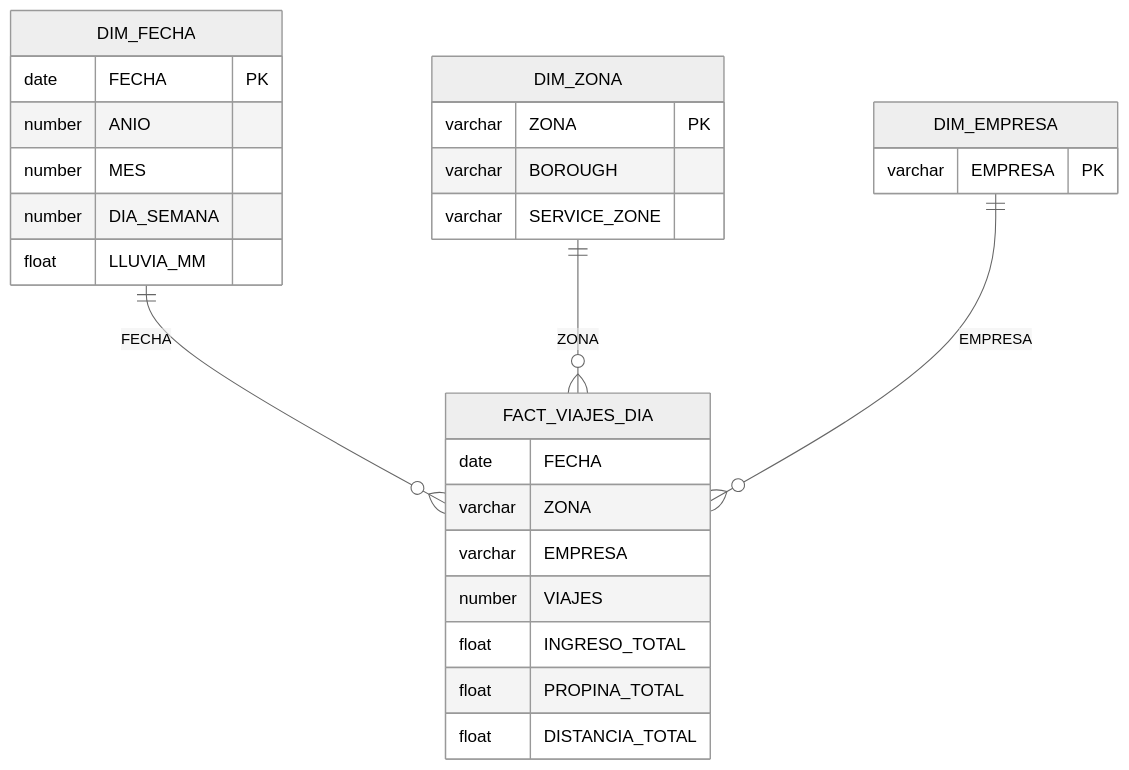
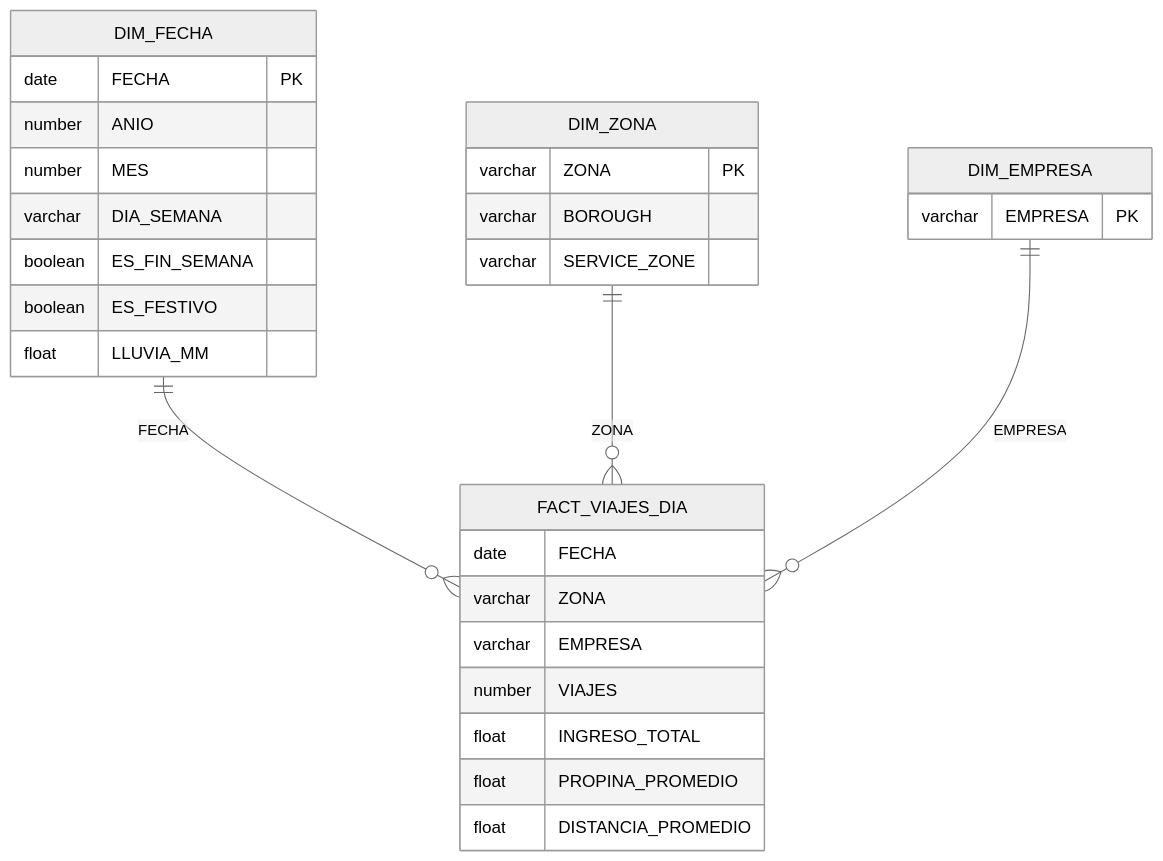
One commit to Diegomanzur10/bigdata-udem-2026 changed the diagram in taller1/diagrama.md. Above: the diagram before and after it, drawn with Mermaid (neutral theme). The commit also changed other lines of this file, not shown here.

````diff
--- a/taller1/diagrama.md
+++ b/taller1/diagrama.md
@@ -7,31 +11,33 @@
 ```mermaid
 erDiagram
     DIM_FECHA   ||--o{ FACT_VIAJES_DIA : "FECHA"
     DIM_ZONA    ||--o{ FACT_VIAJES_DIA : "ZONA"
     DIM_EMPRESA ||--o{ FACT_VIAJES_DIA : "EMPRESA"
 
     FACT_VIAJES_DIA {
         date    FECHA
         varchar ZONA
         varchar EMPRESA
         number  VIAJES
         float   INGRESO_TOTAL
-        float   PROPINA_TOTAL
-        float   DISTANCIA_TOTAL
+        float   PROPINA_PROMEDIO
+        float   DISTANCIA_PROMEDIO
     }
     DIM_FECHA {
         date    FECHA PK
         number  ANIO
         number  MES
-        number  DIA_SEMANA
+        varchar DIA_SEMANA
+        boolean ES_FIN_SEMANA
+        boolean ES_FESTIVO
         float   LLUVIA_MM
     }
     DIM_ZONA {
         varchar ZONA PK
         varchar BOROUGH
         varchar SERVICE_ZONE
     }
     DIM_EMPRESA {
         varchar EMPRESA PK
     }
 ```
````
